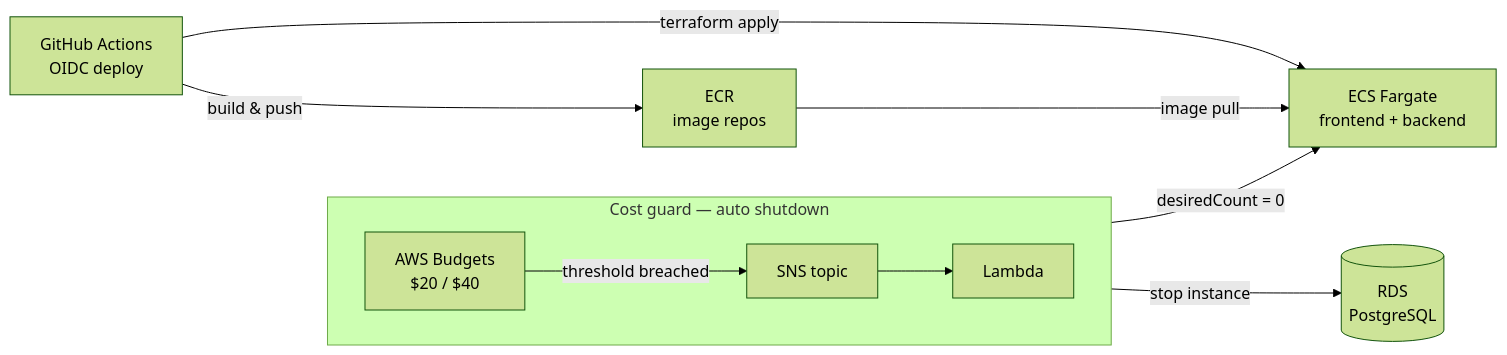
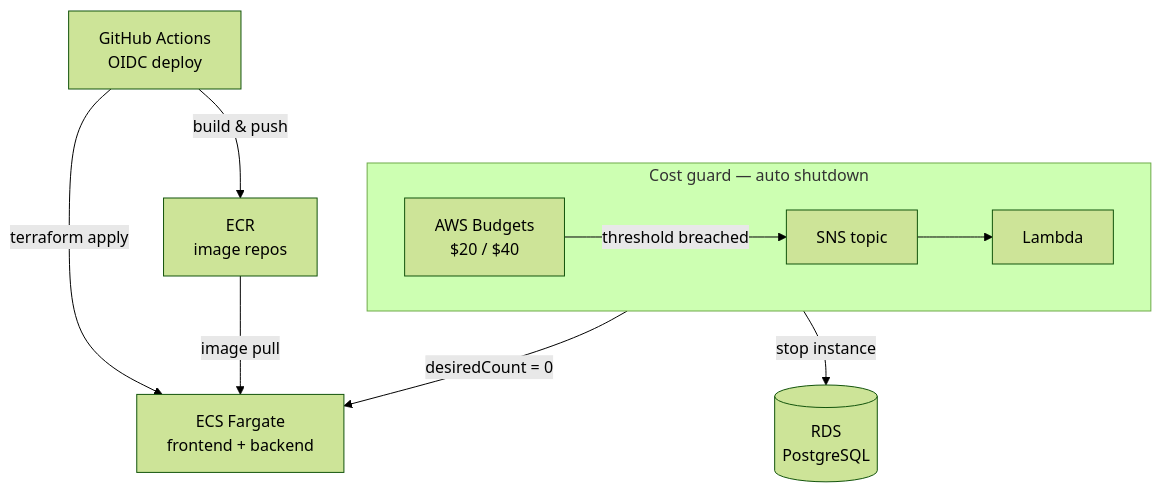
One commit to EmmanuelPerezP/scrai changed the second of 6 diagrams in docs/architecture.md. Above: the diagram before and after it, drawn with Mermaid (forest theme). The commit also changed other lines of this file, not shown here.

First line of the commit message:
docs: make architecture charts top-down

````diff
--- a/docs/architecture.md
+++ b/docs/architecture.md
@@ -63,22 +63,22 @@
 ```mermaid
-flowchart LR
+flowchart TB
     gha["GitHub Actions<br/>OIDC deploy"]
     ecr["ECR<br/>image repos"]
     cluster["ECS Fargate<br/>frontend + backend"]
     rds[("RDS<br/>PostgreSQL")]
 
     subgraph guard["Cost guard — auto shutdown"]
         direction LR
         budget["AWS Budgets<br/>$20 / $40"]
         sns["SNS topic"]
         lambda["Lambda"]
     end
 
     gha -->|build &amp; push| ecr
     gha -->|terraform apply| cluster
     ecr -->|image pull| cluster
     budget -->|threshold breached| sns
     sns --> lambda
     lambda -->|desiredCount = 0| cluster
     lambda -->|stop instance| rds
 ```
````
